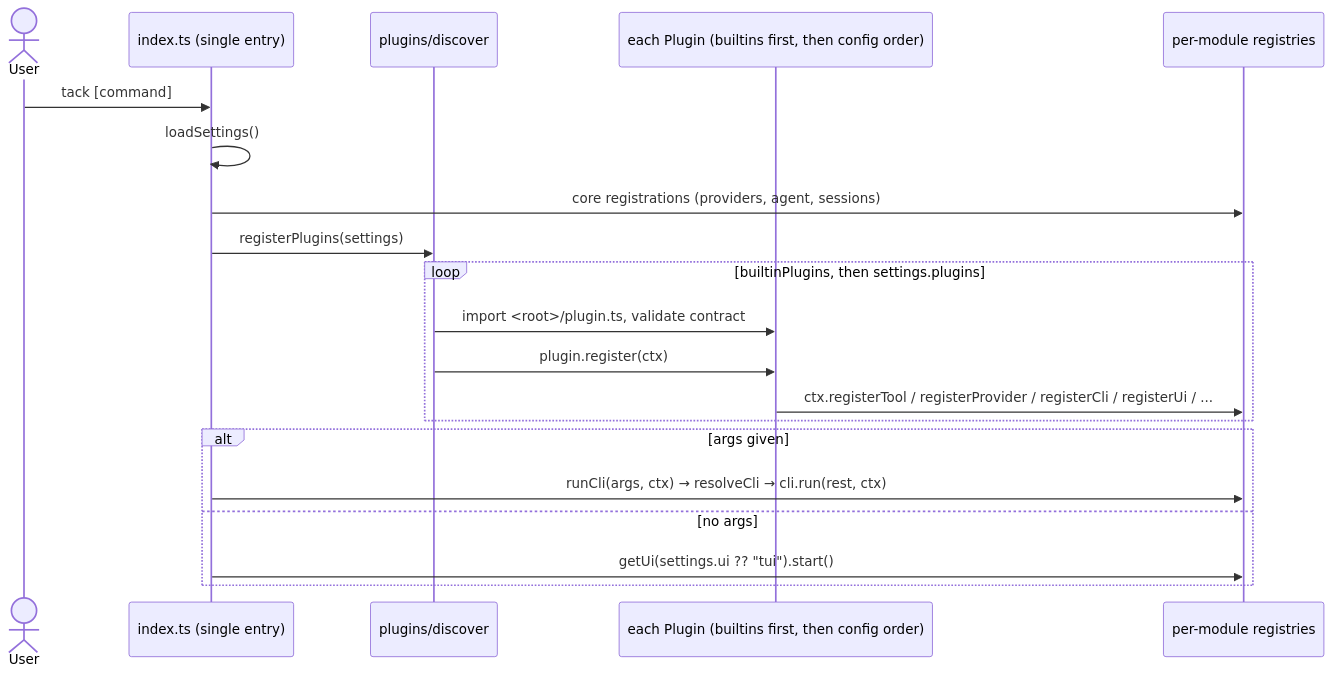
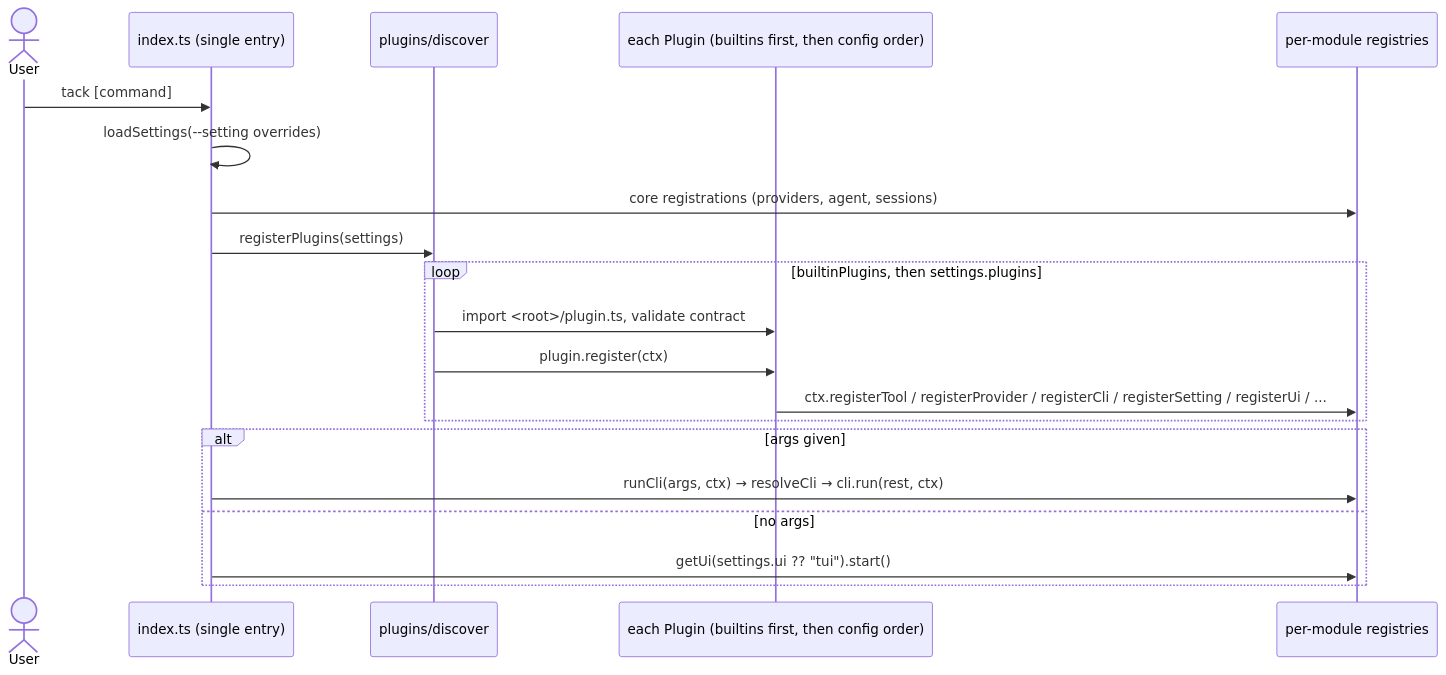
Before and after one commit to wjchoi87/xal: the second of 2 diagrams in AGENTS.md, drawn with Mermaid. The commit also changed other lines of this file, not shown here.

````diff
--- a/AGENTS.md
+++ b/AGENTS.md
@@ -56,23 +46,23 @@
 ```mermaid
 sequenceDiagram
     actor User
     participant Entry as index.ts (single entry)
     participant Discover as plugins/discover
     participant P as each Plugin (builtins first, then config order)
     participant Reg as per-module registries
 
     User->>Entry: tack [command]
-    Entry->>Entry: loadSettings()
+    Entry->>Entry: loadSettings(--setting overrides)
     Entry->>Reg: core registrations (providers, agent, sessions)
     Entry->>Discover: registerPlugins(settings)
     loop builtinPlugins, then settings.plugins
         Discover->>P: import <root>/plugin.ts, validate contract
         Discover->>P: plugin.register(ctx)
-        P->>Reg: ctx.registerTool / registerProvider / registerCli / registerUi / ...
+        P->>Reg: ctx.registerTool / registerProvider / registerCli / registerSetting / registerUi / ...
     end
     alt args given
         Entry->>Reg: runCli(args, ctx) → resolveCli → cli.run(rest, ctx)
     else no args
         Entry->>Reg: getUi(settings.ui ?? "tui").start()
     end
 ```
````
